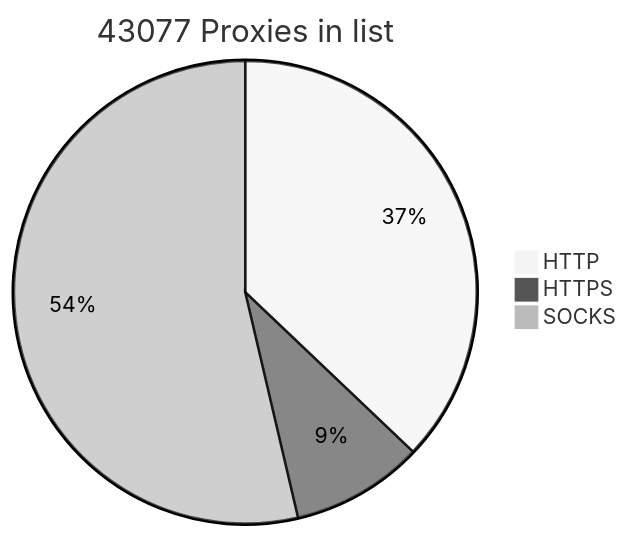
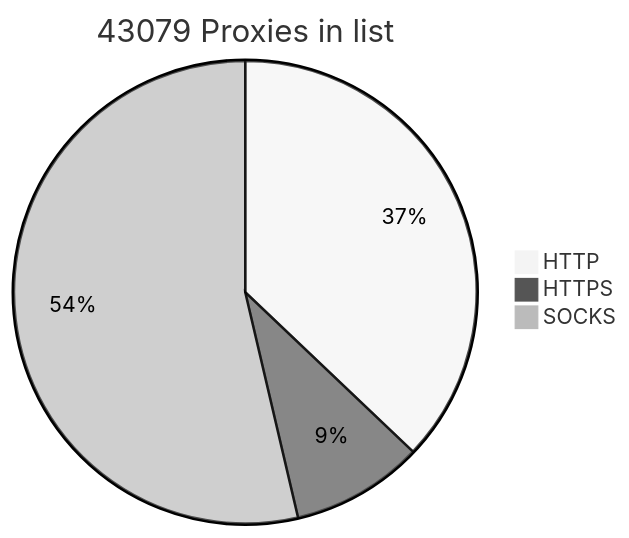
One commit to BlackSnowDot/proxylist-update-every-minute changed the diagram in README.md. Above: the diagram before and after it, drawn with Mermaid (neutral theme).

````diff
--- a/README.md
+++ b/README.md
@@ -2,6 +2,6 @@
 ```mermaid
-pie title 43077 Proxies in list
+pie title 43079 Proxies in list
     "HTTP" : 17387
     "HTTPS": 4332
-    "SOCKS" : 25152
+    "SOCKS" : 25154
 ```
````
